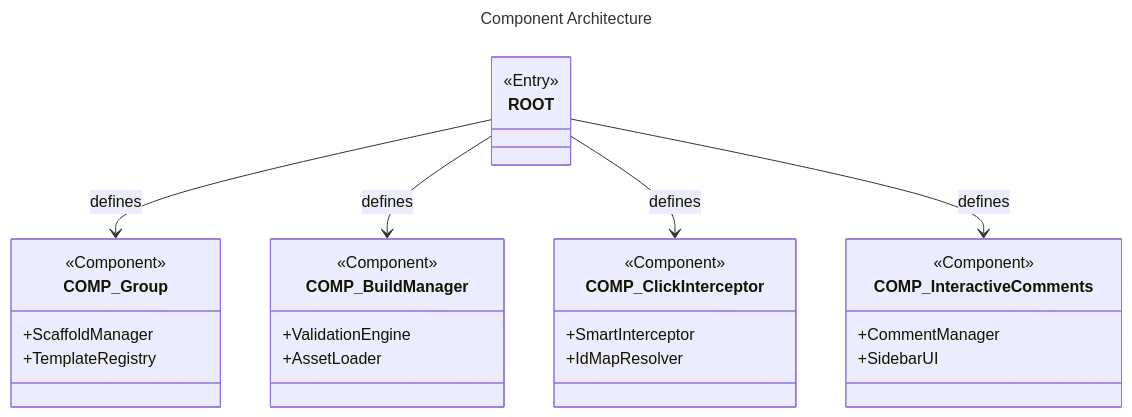
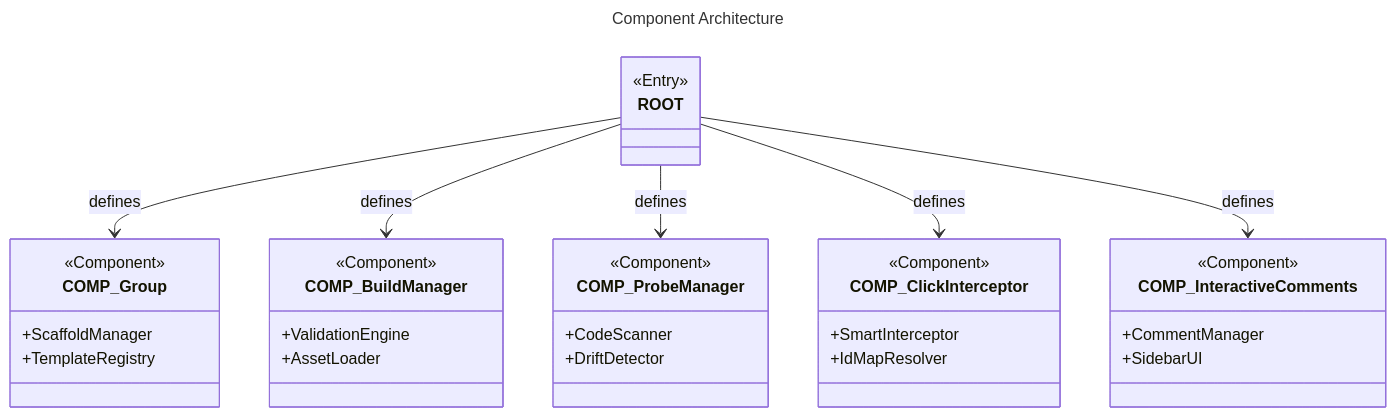
Before and after one commit to futurefoundai/foundryspec: the diagram in foundryspec/assets/components/components.mermaid, drawn with Mermaid. The commit also changed 3 other files, not shown here.

```diff
--- a/foundryspec/assets/components/components.mermaid
+++ b/foundryspec/assets/components/components.mermaid
@@ -1,55 +1,66 @@
 ---
 id: "COMP_Overview"
 title: Component Architecture
 description: Detailed decomposition of the FoundrySpec engine components.
 uplink: "ROOT"
 requirements:
   - "REQ_NonFunctional"
 entities:
   - id: "COMP_Group"
     uplink: "REQ_NonFunctional"
   - id: "COMP_ClickInterceptor"
     uplink: "REQ_Functional"
   - id: "COMP_InteractiveComments"
     uplink: "REQ_InteractiveComments"
     requirements:
       - "REQ_InteractiveComments"
   - id: "COMP_BuildManager"
     uplink: "REQ_PathIntegrity"
     requirements:
       - "REQ_PathIntegrity"
+  - id: "COMP_ProbeManager"
+    uplink: "REQ_AutomatedProbing"
+    requirements:
+      - "REQ_AutomatedProbing"
 ---
 
 classDiagram
     class COMP_Group {
         <<Component>>
         +ScaffoldManager
         +TemplateRegistry
     }
 
     class COMP_BuildManager {
         <<Component>>
         +ValidationEngine
         +AssetLoader
+    }
+
+    class COMP_ProbeManager {
+        <<Component>>
+        +CodeScanner
+        +DriftDetector
     }
 
     class COMP_ClickInterceptor {
         <<Component>>
         +SmartInterceptor
         +IdMapResolver
     }
 
     class COMP_InteractiveComments {
         <<Component>>
         +CommentManager
         +SidebarUI
     }
     
     class ROOT {
         <<Entry>>
     }
     
     ROOT --> COMP_Group : defines
     ROOT --> COMP_BuildManager : defines
+    ROOT --> COMP_ProbeManager : defines
     ROOT --> COMP_ClickInterceptor : defines
     ROOT --> COMP_InteractiveComments : defines
```
